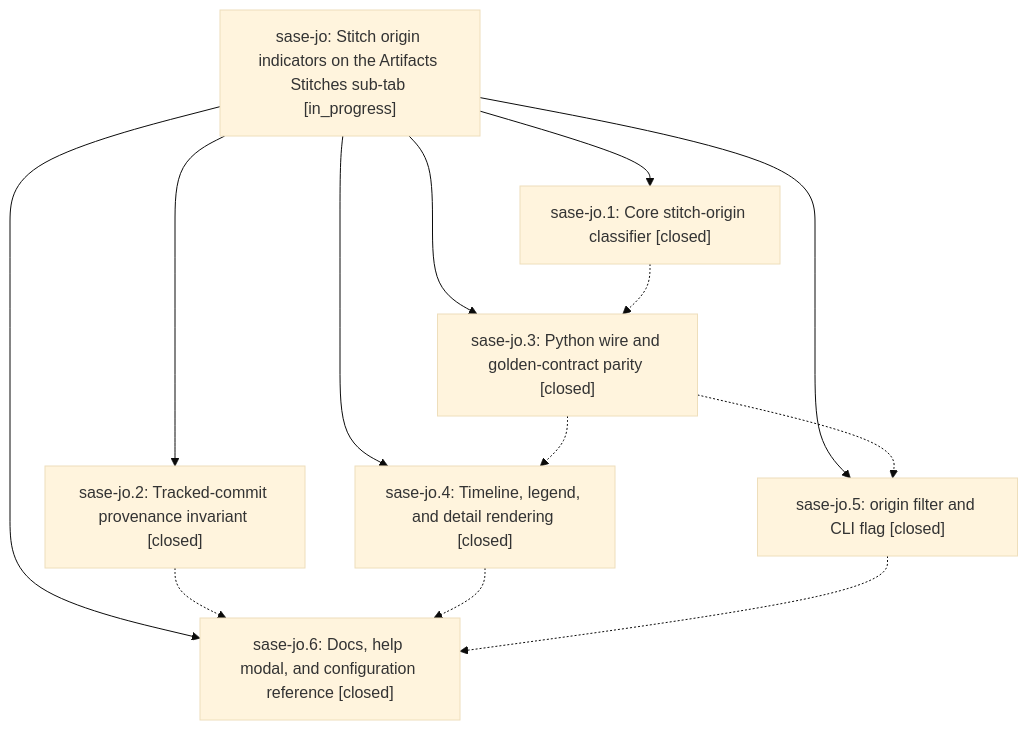
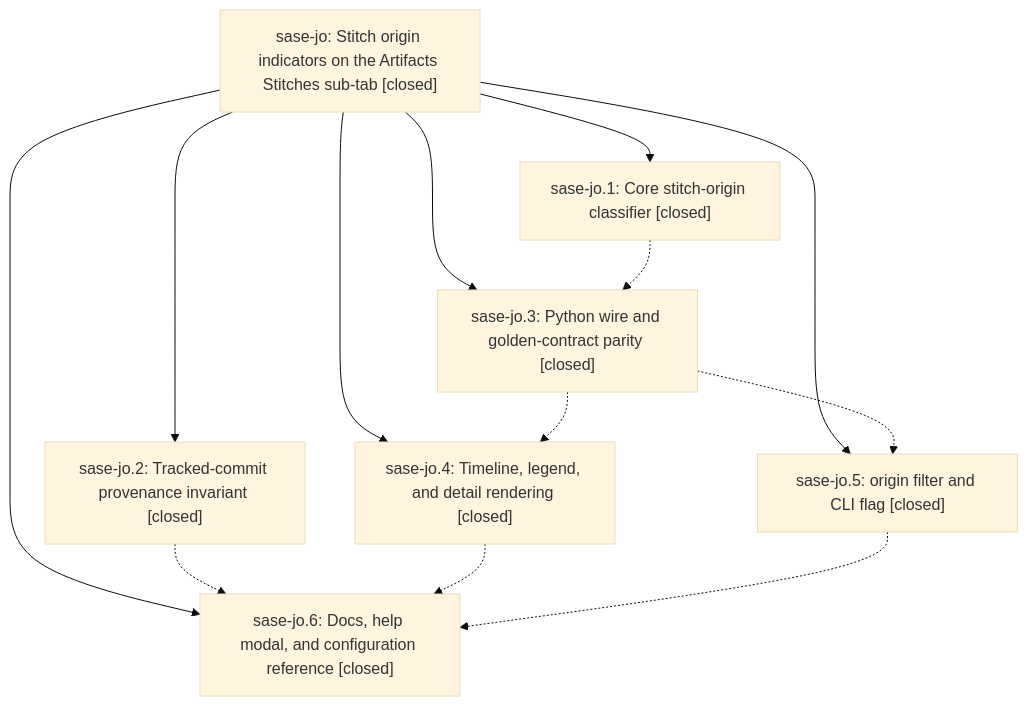
One commit to sase-org/sase--beads changed the diagram in pages/sase-jo/README.md. Above: the diagram before and after it, drawn with Mermaid (base theme). The commit also changed other lines of this file, not shown here.

First line of the commit message:
chore(beads): sync bead state and pages for sase-jo

````diff
--- a/pages/sase-jo/README.md
+++ b/pages/sase-jo/README.md
@@ -33,22 +44,22 @@
 ```mermaid
 flowchart TD
-    n0["sase-jo: Stitch origin indicators on the Artifacts Stitches sub-tab [in_progress]"]
+    n0["sase-jo: Stitch origin indicators on the Artifacts Stitches sub-tab [closed]"]
     n1["sase-jo.1: Core stitch-origin classifier [closed]"]
     n2["sase-jo.2: Tracked-commit provenance invariant [closed]"]
     n3["sase-jo.3: Python wire and golden-contract parity [closed]"]
     n4["sase-jo.4: Timeline, legend, and detail rendering [closed]"]
     n5["sase-jo.5: origin filter and CLI flag [closed]"]
     n6["sase-jo.6: Docs, help modal, and configuration reference [closed]"]
     n0 --> n1
     n0 --> n2
     n0 --> n3
     n0 --> n4
     n0 --> n5
     n0 --> n6
     n1 -.-> n3
     n2 -.-> n6
     n3 -.-> n4
     n3 -.-> n5
     n4 -.-> n6
     n5 -.-> n6
 ```
````
